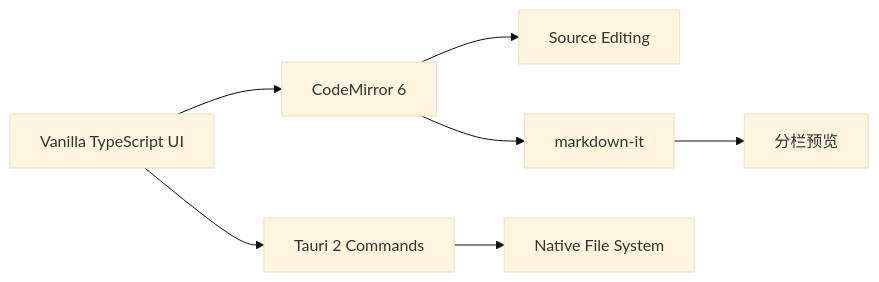
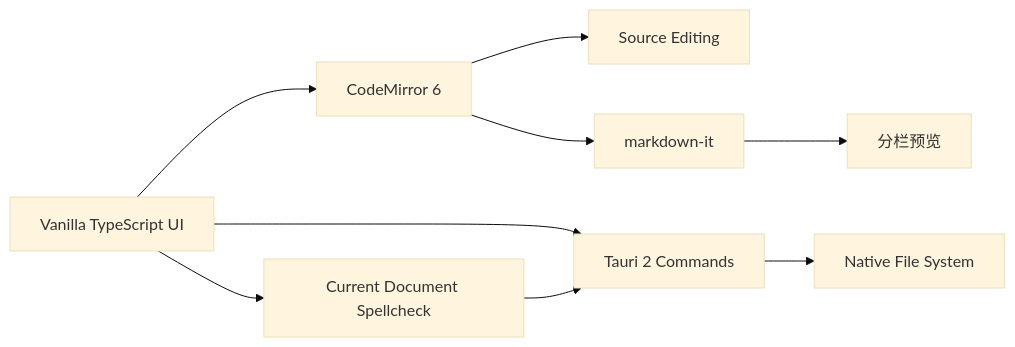
The diagram in README.md (X1nLu/LightNote), drawn with Mermaid (base theme) before and after one commit. The commit also changed other lines of this file and 8 other files, not shown here.

````diff
--- a/README.md
+++ b/README.md
@@ -19,9 +23,11 @@
 ```mermaid
 flowchart LR
 	UI[Vanilla TypeScript UI] --> CM[CodeMirror 6]
 	CM --> Source[Source Editing]
 	CM --> MD[markdown-it]
 	MD --> Preview[分栏预览]
 	UI --> Tauri[Tauri 2 Commands]
 	Tauri --> Files[Native File System]
+	UI --> Spell[Current Document Spellcheck]
+	Spell --> Tauri
 ```
````
